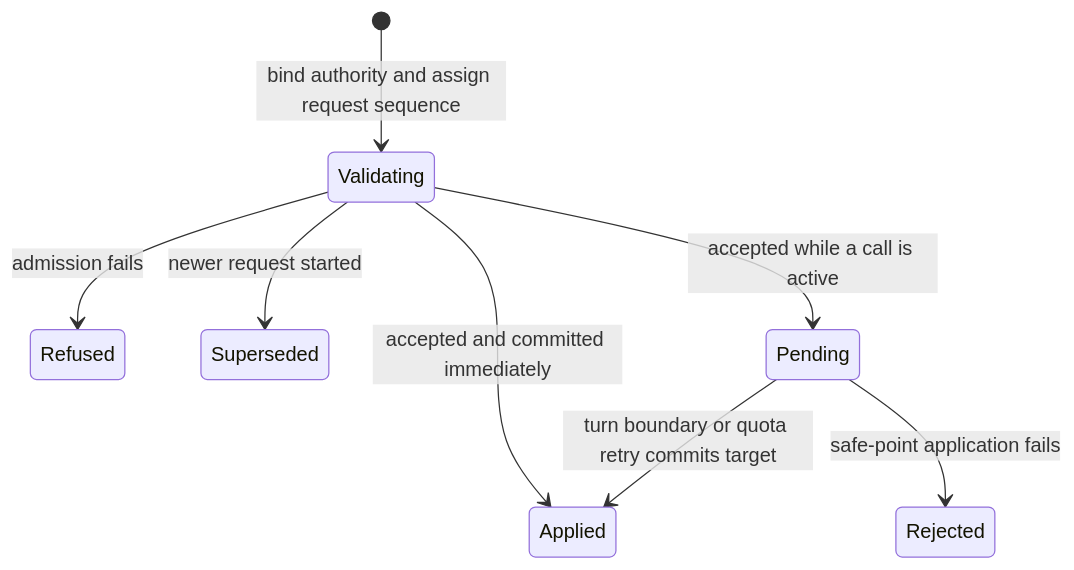
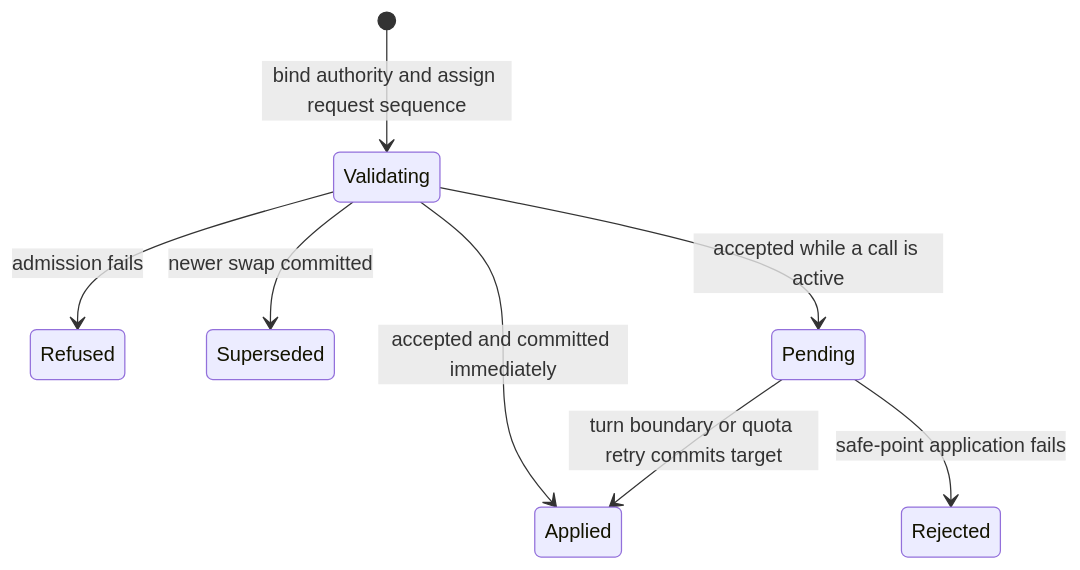
Before and after one commit to prime-radiant-inc/evener: the first of 3 diagrams in docs/superpowers/specs/2026-11-15-model-switch-authority-design.md, drawn with Mermaid. The commit also changed other lines of this file, not shown here.

````diff
--- a/docs/superpowers/specs/2026-11-15-model-switch-authority-design.md
+++ b/docs/superpowers/specs/2026-11-15-model-switch-authority-design.md
@@ -200,10 +202,10 @@
 ```mermaid
 stateDiagram-v2
     [*] --> Validating: bind authority and assign request sequence
     Validating --> Refused: admission fails
-    Validating --> Superseded: newer request started
+    Validating --> Superseded: newer swap committed
     Validating --> Pending: accepted while a call is active
     Validating --> Applied: accepted and committed immediately
     Pending --> Applied: turn boundary or quota retry commits target
     Pending --> Rejected: safe-point application fails
 ```
````
